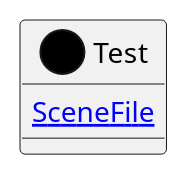
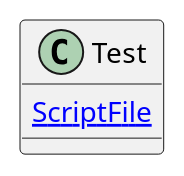
Before and after one commit to chickensoft-games/UMLGenerator: the diagram in src/Chickensoft.UMLGenerator.Tests/Snapshots/SupportStronglyTypedCollections_Test.verified.puml, drawn with PlantUML. The commit also changed 7 other files, not shown here.

```diff
--- a/src/Chickensoft.UMLGenerator.Tests/Snapshots/SupportStronglyTypedCollections_Test.verified.puml
+++ b/src/Chickensoft.UMLGenerator.Tests/Snapshots/SupportStronglyTypedCollections_Test.verified.puml
@@ -1,7 +1,8 @@
 @startuml
 
-class Test << (S,black) >> {
-	[[../../TestCases/SupportStronglyTypedCollections/Test.tscn SceneFile]]
+class Test  {
+    [[ ScriptFile]]
+
 }
 
 @enduml
```
